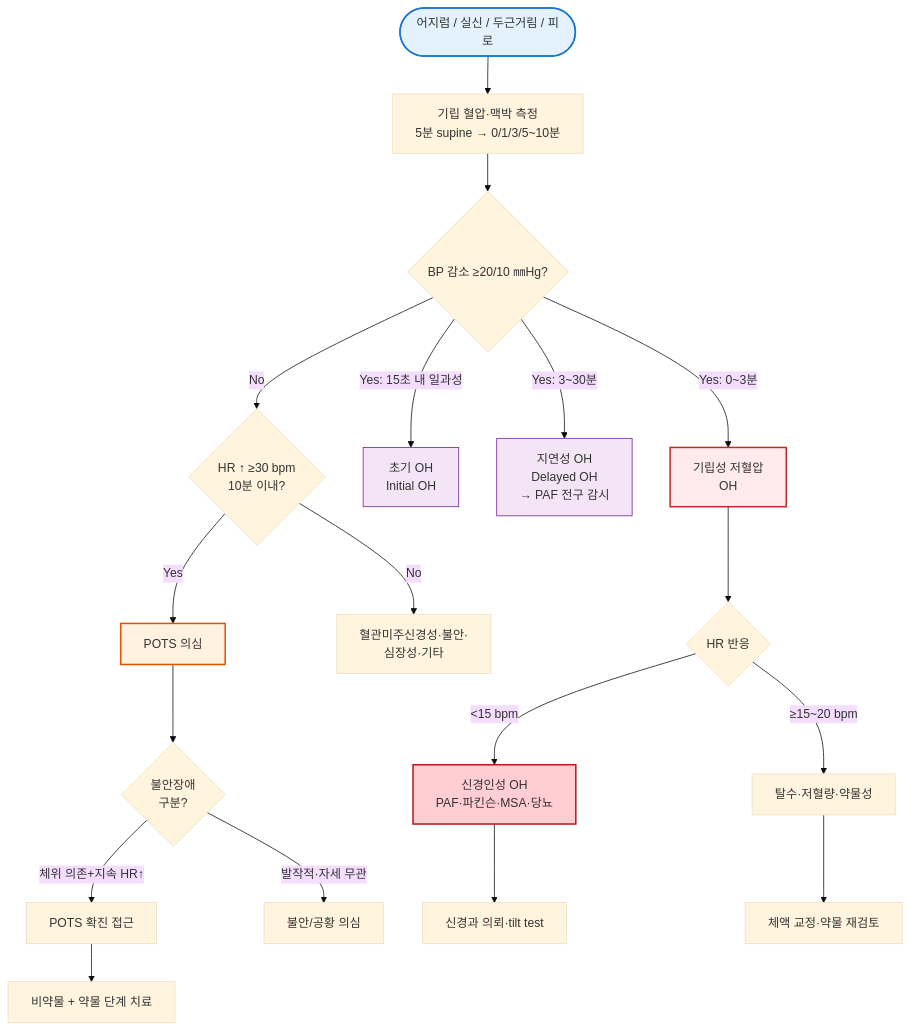
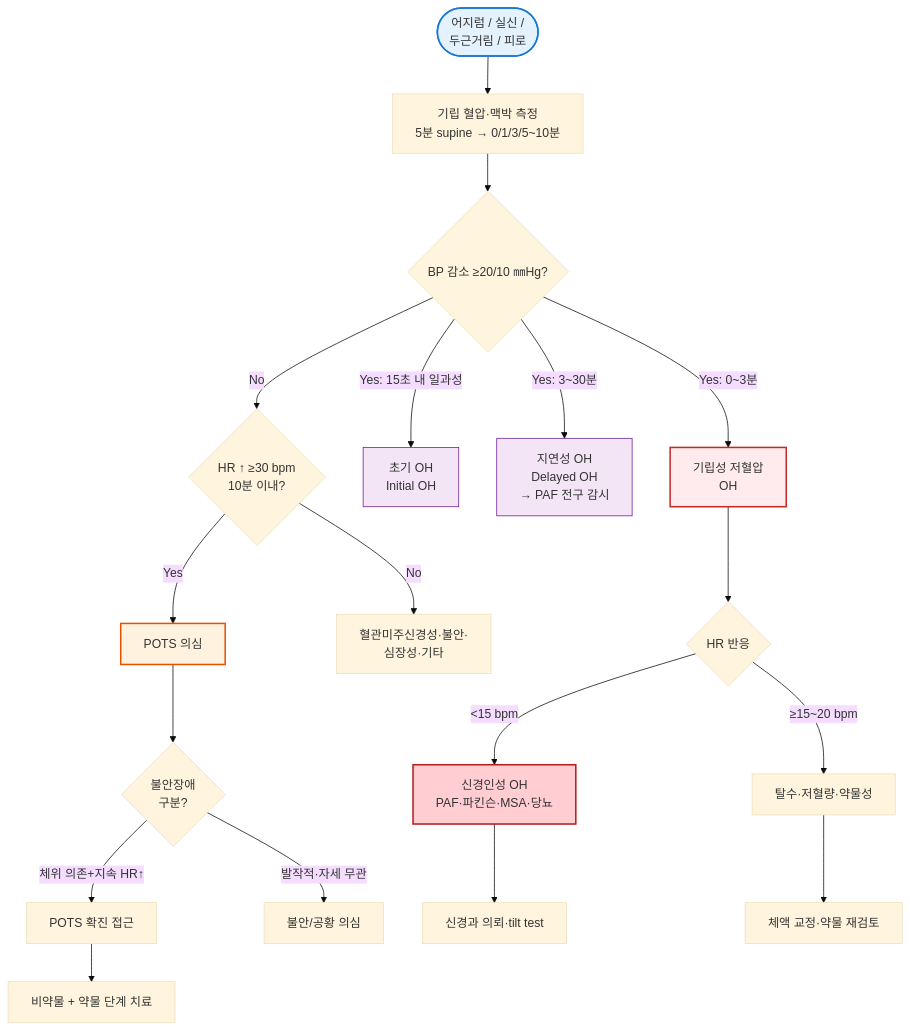
One commit to familyoh77/familyoh77 changed the diagram in 221_/030_-autonomic-dysfunction.md. Above: the diagram before and after it, drawn with Mermaid (base theme). The commit also changed other lines of this file, not shown here.

````diff
--- a/221_/030_-autonomic-dysfunction.md
+++ b/221_/030_-autonomic-dysfunction.md
@@ -191,27 +183,27 @@
 ```mermaid
 graph TD
-    Start([어지럼 / 실신 / 두근거림 / 피로]) --> Step1[기립 혈압·맥박 측정<br/>5분 supine → 0/1/3/5~10분]
+    Start([어지럼 / 실신 /<br/> 두근거림 / 피로]) --> Step1[기립 혈압·맥박 측정<br/>5분 supine → 0/1/3/5~10분]
     Step1 --> Q1{BP 감소 ≥20/10 ㎜Hg?}
     Q1 -->|Yes: 0~3분| OH[기립성 저혈압<br/>OH]
     Q1 -->|Yes: 15초 내 일과성| IOH[초기 OH<br/>Initial OH]
     Q1 -->|Yes: 3~30분| DOH[지연성 OH<br/>Delayed OH<br/>→ PAF 전구 감시]
     Q1 -->|No| Q2{HR ↑ ≥30 bpm<br/>10분 이내?}
     Q2 -->|Yes| POTS[POTS 의심]
     Q2 -->|No| Other[혈관미주신경성·불안·<br/>심장성·기타]
     OH --> QHR{HR 반응}
     QHR -->|<15 bpm| Neuro[신경인성 OH<br/>PAF·파킨슨·MSA·당뇨]
     QHR -->|≥15~20 bpm| Volume[탈수·저혈량·약물성]
     POTS --> Anx{불안장애<br/>구분?}
     Anx -->|체위 의존+지속 HR↑| POTSconf[POTS 확진 접근]
     Anx -->|발작적·자세 무관| Anxiety[불안/공황 의심]
     Neuro --> Ref[신경과 의뢰·tilt test]
     Volume --> Tx1[체액 교정·약물 재검토]
     POTSconf --> Tx2[비약물 + 약물 단계 치료]
     
     style Start fill:#e3f2fd,stroke:#1976d2,stroke-width:2px
     style OH fill:#ffebee,stroke:#c62828,stroke-width:2px
     style POTS fill:#fff3e0,stroke:#e65100,stroke-width:2px
     style IOH fill:#f3e5f5,stroke:#6a1b9a,stroke-width:1px
     style DOH fill:#f3e5f5,stroke:#6a1b9a,stroke-width:1px
     style Neuro fill:#ffcdd2,stroke:#b71c1c,stroke-width:2px
 ```
````
